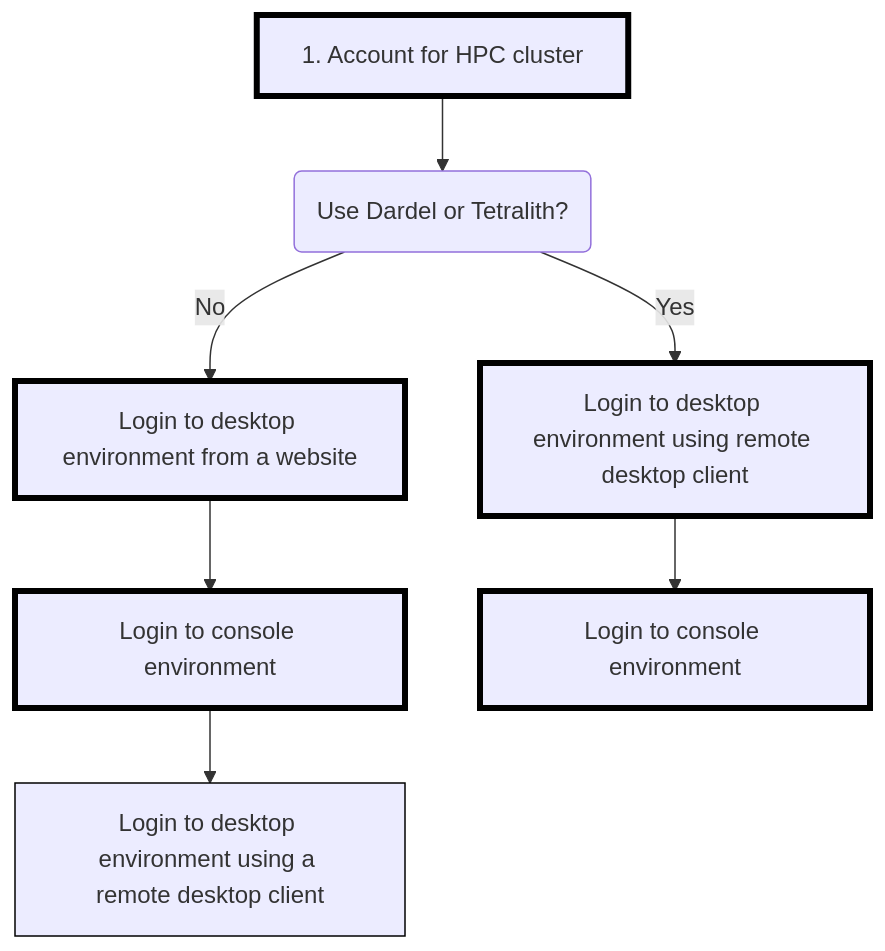
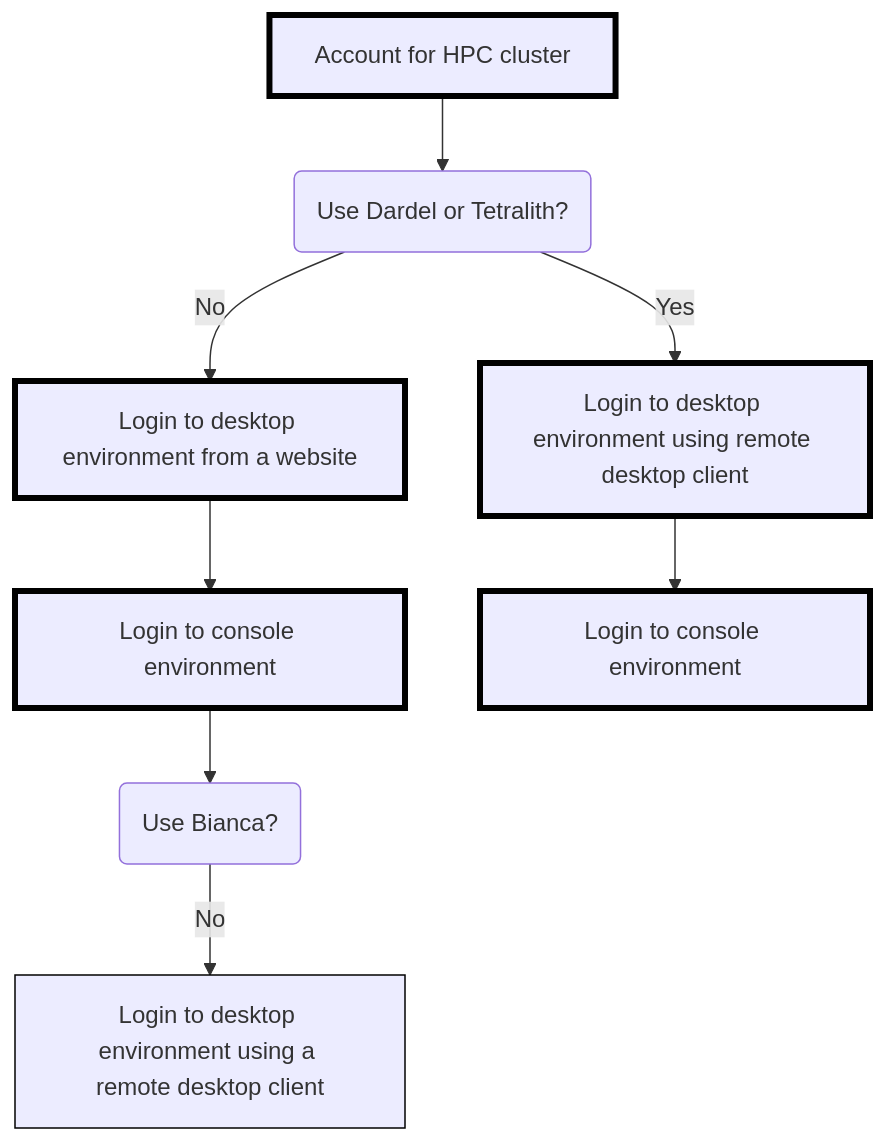
One commit to UPPMAX/naiss_file_transfer_course changed the diagram in docs/sessions/intro_connect/README.md. Above: the diagram before and after it, drawn with Mermaid. The commit also changed other lines of this file and 1 other file, not shown here.

````diff
--- a/docs/sessions/intro_connect/README.md
+++ b/docs/sessions/intro_connect/README.md
@@ -45,24 +113,26 @@
 ```mermaid
 flowchart TD
 
   classDef always stroke:#000,stroke-width:4px;
   classDef optional stroke:#000,stroke-width:1px;
 
   use_dardel_or_tetralith(Use Dardel or Tetralith?)
-  account[1. Account for HPC cluster]:::always
+  use_bianca(Use Bianca?)
+  account[Account for HPC cluster]:::always
   login_desktop_website_no[Login to desktop environment from a website]:::always
   login_console_no[Login to console environment]:::always
   login_desktop_tool_no[Login to desktop environment using a remote desktop client]:::optional
 
   login_console_yes[Login to console environment]:::always
   login_desktop_tool_yes[Login to desktop environment using remote desktop client]:::always
 
 
   account --> use_dardel_or_tetralith
   use_dardel_or_tetralith--> |No| login_desktop_website_no
   login_desktop_website_no --> login_console_no
-  login_console_no --> login_desktop_tool_no
+  login_console_no --> use_bianca
+  use_bianca --> |No| login_desktop_tool_no
 
   use_dardel_or_tetralith--> |Yes| login_desktop_tool_yes
   login_desktop_tool_yes --> login_console_yes
 ```
````
